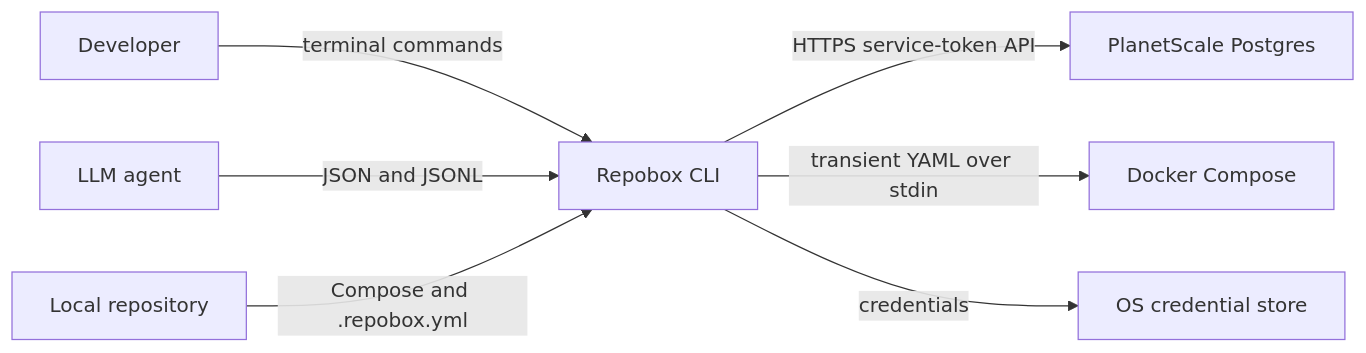
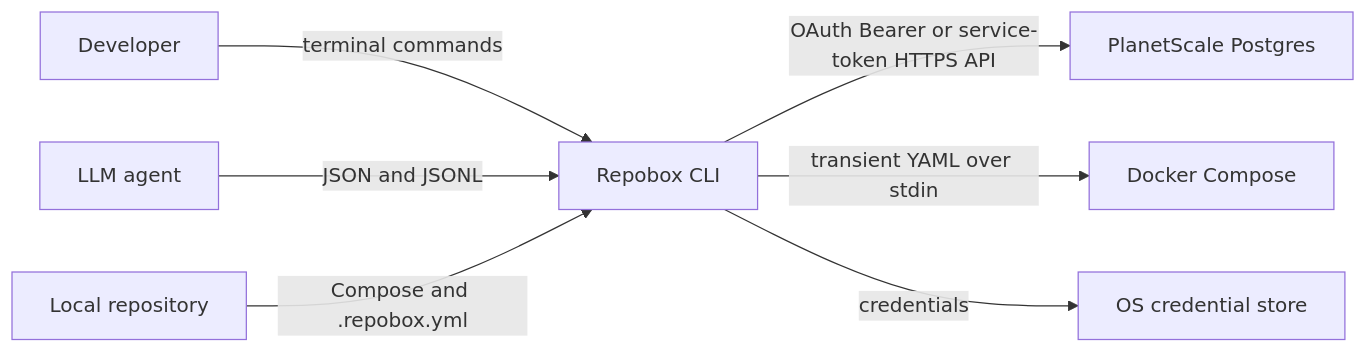
The first of 2 diagrams in docs/features/branch-scoped-data.md (Sainapse-Inc/repobox), drawn with Mermaid before and after one commit. The commit also changed other lines of this file and 18 other files, not shown here.

Commit message:
feat: add interactive PlanetScale login

````diff
--- a/docs/features/branch-scoped-data.md
+++ b/docs/features/branch-scoped-data.md
@@ -152,9 +153,9 @@
 ```mermaid
 flowchart LR
     Human[Developer] -->|terminal commands| Repobox[Repobox CLI]
     Agent[LLM agent] -->|JSON and JSONL| Repobox
     Repo[Local repository] -->|Compose and .repobox.yml| Repobox
-    Repobox -->|HTTPS service-token API| PlanetScale[PlanetScale Postgres]
+    Repobox -->|OAuth Bearer or service-token HTTPS API| PlanetScale[PlanetScale Postgres]
     Repobox -->|transient YAML over stdin| Docker[Docker Compose]
     Repobox -->|credentials| Keyring[OS credential store]
 ```
````
